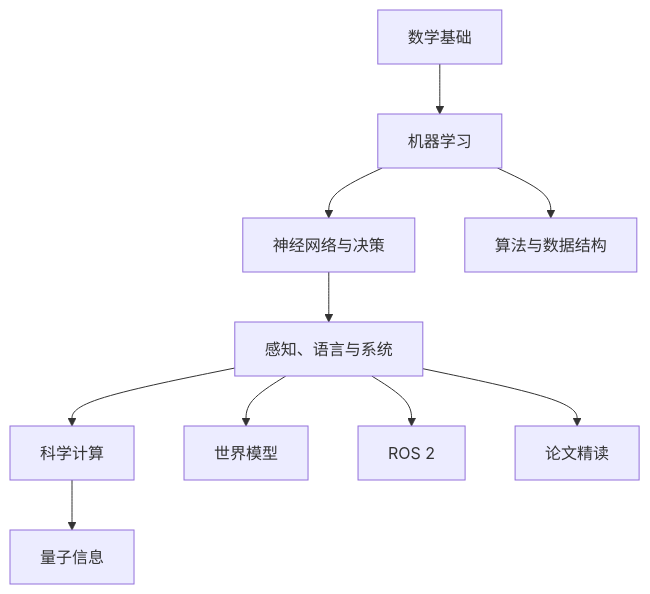
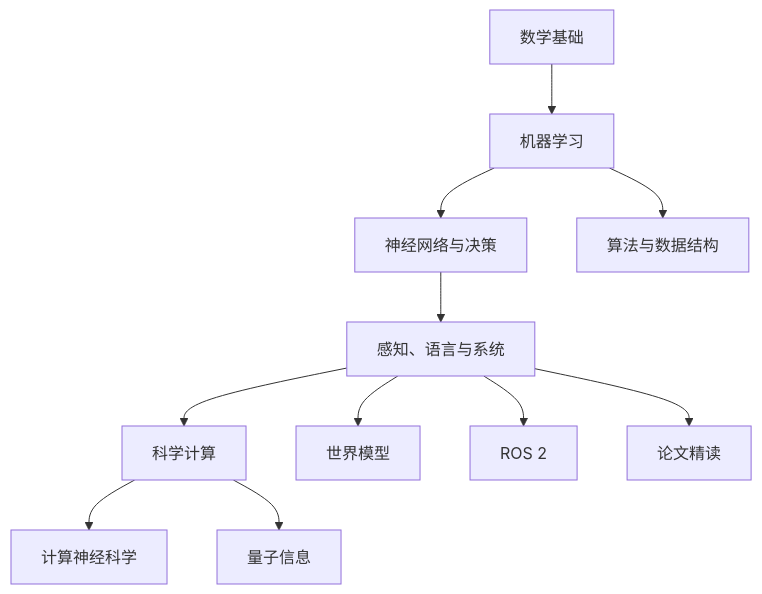
The diagram in docs/index.md (DeconBear/notebook), drawn with Mermaid before and after one commit. The commit also changed other lines of this file and 58 other files, not shown here.

````diff
--- a/docs/index.md
+++ b/docs/index.md
@@ -41,12 +41,13 @@
 ```mermaid
 flowchart TB
     math["数学基础"] --> ml["机器学习"]
     ml --> nn["神经网络与决策"]
     nn --> applied["感知、语言与系统"]
     applied --> sci["科学计算"]
+    sci --> neuro["计算神经科学"]
     sci --> qi["量子信息"]
     applied --> wm["世界模型"]
     applied --> ros2["ROS 2"]
     ml --> algo["算法与数据结构"]
     applied --> papers["论文精读"]
 ```
````
